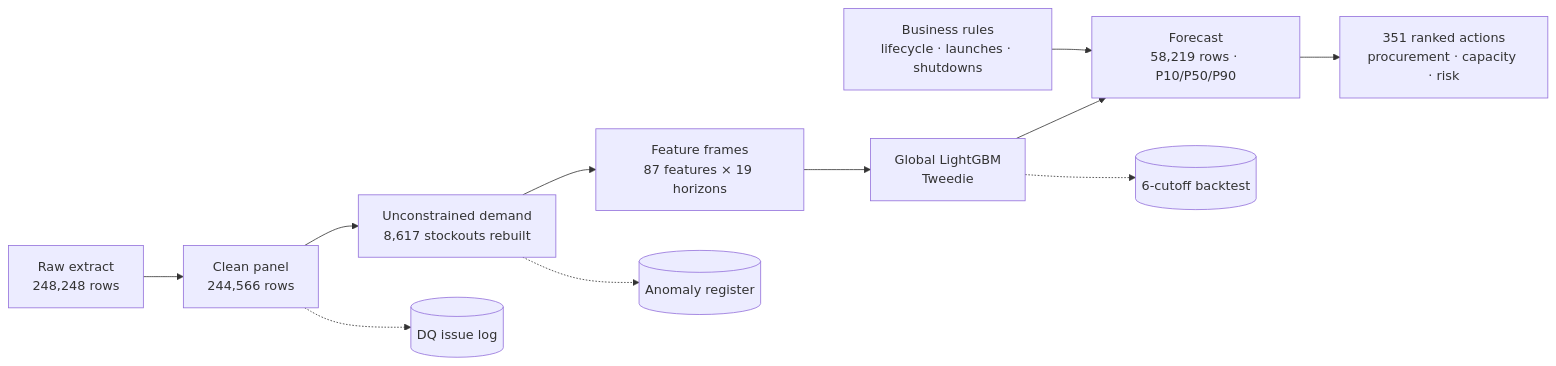
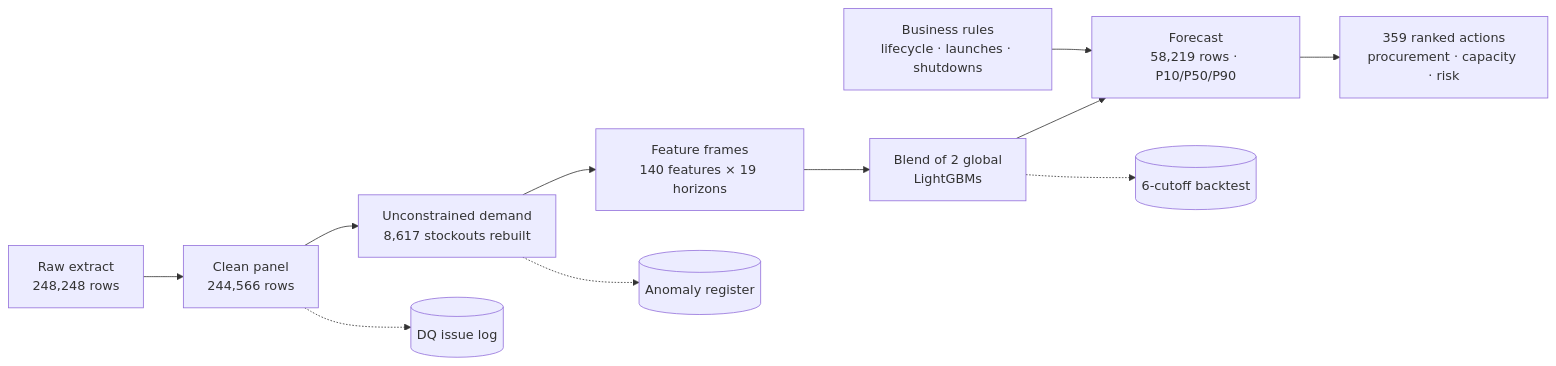
One commit to deepakm0003/MKS-AI-ML-Hackathon changed the second of 4 diagrams in README.md. Above: the diagram before and after it, drawn with Mermaid. The commit also changed other lines of this file and 90 other files, not shown here.

````diff
--- a/README.md
+++ b/README.md
@@ -103,8 +103,8 @@
 ```mermaid
 flowchart LR
-    R["Raw extract<br/>248,248 rows"] --> C["Clean panel<br/>244,566 rows"] --> D["Unconstrained demand<br/>8,617 stockouts rebuilt"] --> F["Feature frames<br/>87 features × 19 horizons"] --> M["Global LightGBM<br/>Tweedie"] --> O["Forecast<br/>58,219 rows · P10/P50/P90"] --> I["351 ranked actions<br/>procurement · capacity · risk"]
+    R["Raw extract<br/>248,248 rows"] --> C["Clean panel<br/>244,566 rows"] --> D["Unconstrained demand<br/>8,617 stockouts rebuilt"] --> F["Feature frames<br/>140 features × 19 horizons"] --> M["Blend of 2 global<br/>LightGBMs"] --> O["Forecast<br/>58,219 rows · P10/P50/P90"] --> I["359 ranked actions<br/>procurement · capacity · risk"]
     C -.-> L1[("DQ issue log")]
     D -.-> L2[("Anomaly register")]
     M -.-> L3[("6-cutoff backtest")]
     BR["Business rules<br/>lifecycle · launches · shutdowns"] --> O
 ```
````
